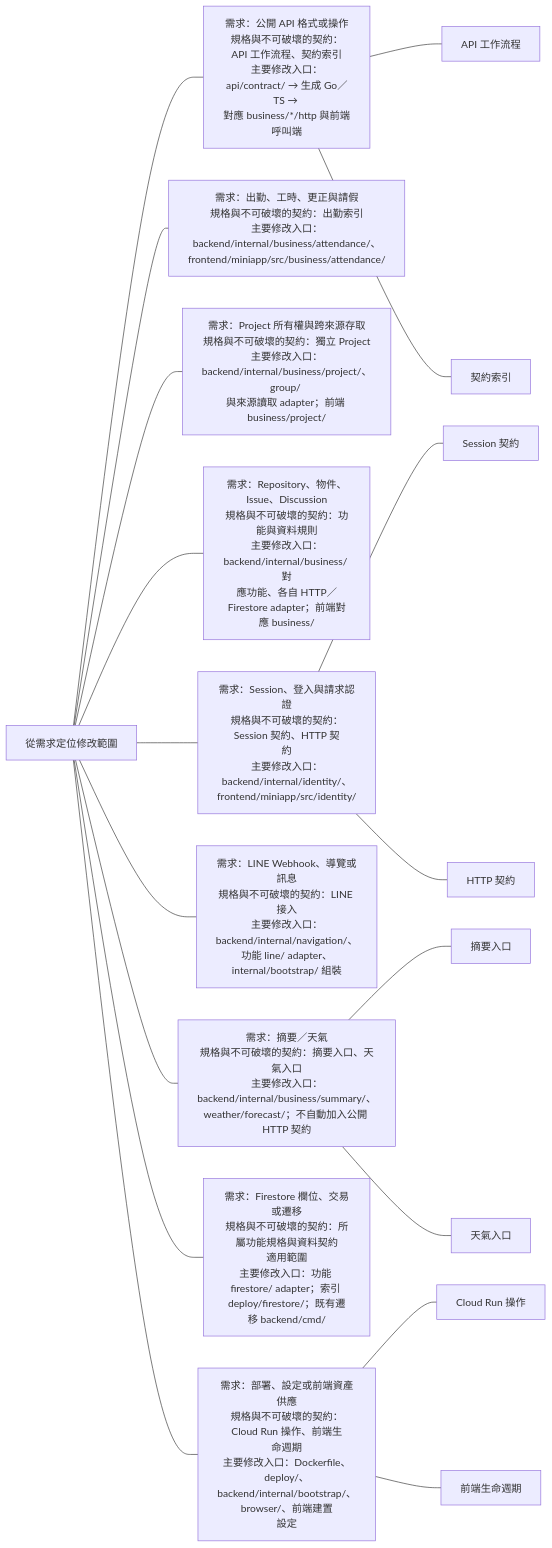
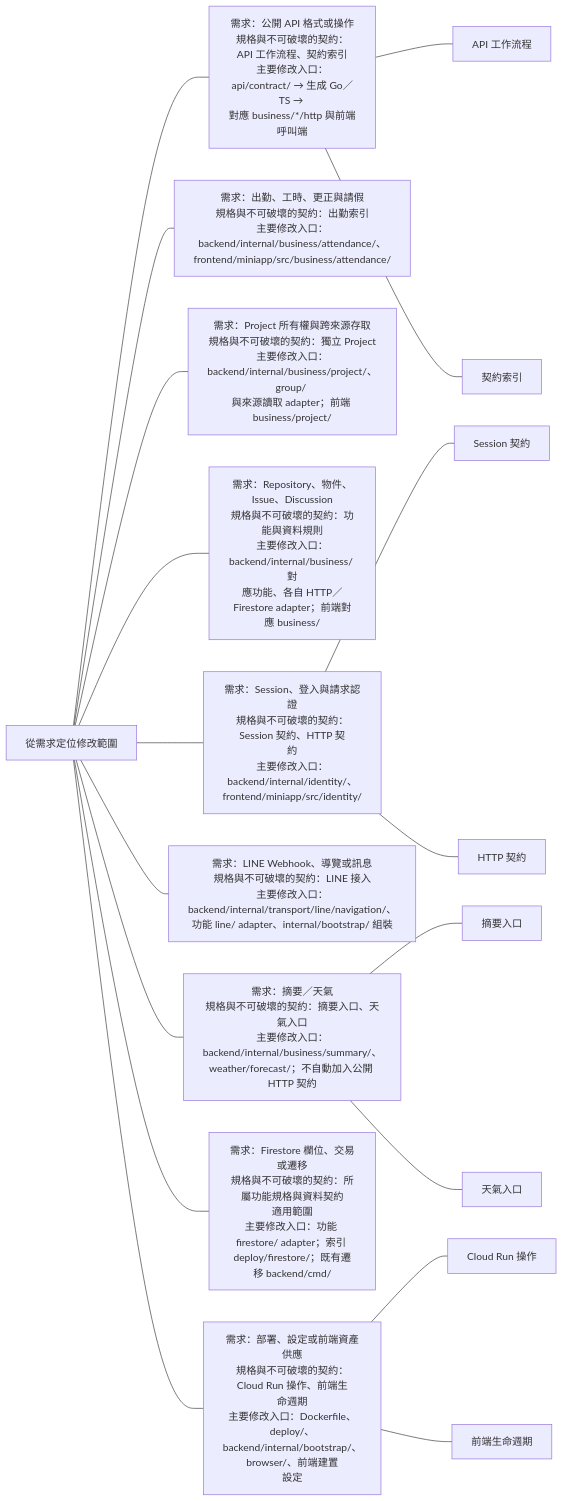
Before and after one commit to 963sup/line-mini-app-bot: the third of 5 diagrams in docs/architecture/runtime/code-layout.md, drawn with Mermaid. The commit also changed other lines of this file and 22 other files, not shown here.

Commit message:
refactor(line): unify menu navigation and verify lookup behavior

````diff
--- a/docs/architecture/runtime/code-layout.md
+++ b/docs/architecture/runtime/code-layout.md
@@ -24,34 +24,34 @@
 ```mermaid
 flowchart LR
   h["從需求定位修改範圍"]
   h --- n0["需求：公開 API 格式或操作<br/>規格與不可破壞的契約：API 工作流程、契約索引<br/>主要修改入口：api/contract/ → 生成 Go／TS → <br/>對應 business/*/http 與前端呼叫端"]
   n0 --- n0l0["API 工作流程"]
   click n0l0 "../../../api/README.md"
   n0 --- n0l1["契約索引"]
   click n0l1 "../../../api/contract/README.md"
   h --- n1["需求：出勤、工時、更正與請假<br/>規格與不可破壞的契約：出勤索引<br/>主要修改入口：<br/>backend/internal/business/attendance/、<br/>frontend/miniapp/src/business/attendance/"]
   click n1 "../../domains/README.md#出勤"
   h --- n2["需求：Project 所有權與跨來源存取<br/>規格與不可破壞的契約：獨立 Project<br/>主要修改入口：<br/>backend/internal/business/project/、group/ <br/>與來源讀取 adapter；前端 business/project/"]
   click n2 "../../domains/project/project.md"
   h --- n3["需求：Repository、物件、Issue、Discussion<br/>規格與不可破壞的契約：功能與資料規則<br/>主要修改入口：backend/internal/business/ 對<br/>應功能、各自 HTTP／Firestore adapter；前端對<br/>應 business/"]
   click n3 "../../domains/README.md#儲存庫"
   h --- n4["需求：Session、登入與請求認證<br/>規格與不可破壞的契約：Session 契約、HTTP 契<br/>約<br/>主要修改入口：backend/internal/identity/、<br/>frontend/miniapp/src/identity/"]
   n4 --- n4l0["Session 契約"]
   click n4l0 "../identity/browser-session.md"
   n4 --- n4l1["HTTP 契約"]
   click n4l1 "../contracts/http.md"
-  h --- n5["需求：LINE Webhook、導覽或訊息<br/>規格與不可破壞的契約：LINE 接入<br/>主要修改入口：backend/internal/navigation/、<br/>功能 line/ adapter、internal/bootstrap/ 組裝"]
+  h --- n5["需求：LINE Webhook、導覽或訊息<br/>規格與不可破壞的契約：LINE 接入<br/>主要修改入口：backend/internal/transport/line/navigation/、<br/>功能 line/ adapter、internal/bootstrap/ 組裝"]
   click n5 "../../guides/line-setup/README.md"
   h --- n6["需求：摘要／天氣<br/>規格與不可破壞的契約：摘要入口、天氣入口<br/>主要修改入口：<br/>backend/internal/business/summary/、<br/>weather/forecast/；不自動加入公開 HTTP 契約"]
   n6 --- n6l0["摘要入口"]
   click n6l0 "../../../api/contract/summary/README.md"
   n6 --- n6l1["天氣入口"]
   click n6l1 "../../../api/contract/weather/README.md"
   h --- n7["需求：Firestore 欄位、交易或遷移<br/>規格與不可破壞的契約：所屬功能規格與資料契約<br/>適用範圍<br/>主要修改入口：功能 firestore/ adapter；索引 <br/>deploy/firestore/；既有遷移 backend/cmd/"]
   click n7 "dependencies.md#契約與不變條件的維護位置"
   h --- n8["需求：部署、設定或前端資產供應<br/>規格與不可破壞的契約：Cloud Run 操作、前端生<br/>命週期<br/>主要修改入口：Dockerfile、deploy/、<br/>backend/internal/bootstrap/、browser/、前端建置<br/>設定"]
   n8 --- n8l0["Cloud Run 操作"]
   click n8l0 "../../guides/release/cloud-run.md"
   n8 --- n8l1["前端生命週期"]
   click n8l1 "react-lifecycle.md"
 ```
````
